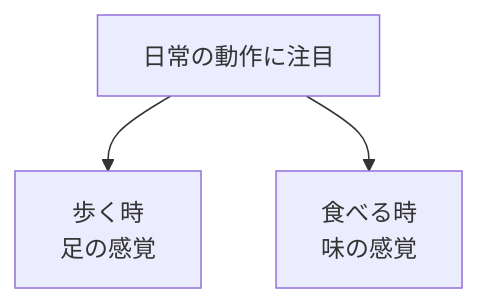
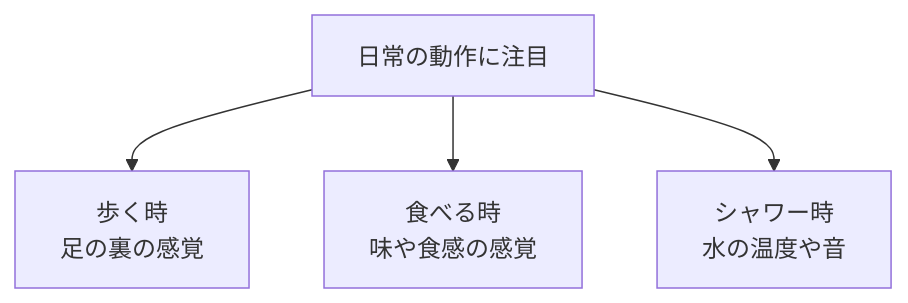
Before and after one commit to tndg16-bot/portfolio-site: the third of 3 diagrams in content/blog/298-mindfulness-present-moment.md, drawn with Mermaid. The commit also changed other lines of this file and 19 other files, not shown here.

````diff
--- a/content/blog/298-mindfulness-present-moment.md
+++ b/content/blog/298-mindfulness-present-moment.md
@@ -59,6 +64,7 @@
 ```mermaid
 graph TD
     A[日常の動作に注目]
-    A --> B[歩く時<br/>足の感覚]
-    A --> C[食べる時<br/>味の感覚]
+    A --> B[歩く時<br/>足の裏の感覚]
+    A --> C[食べる時<br/>味や食感の感覚]
+    A --> D[シャワー時<br/>水の温度や音]
 ```
````
